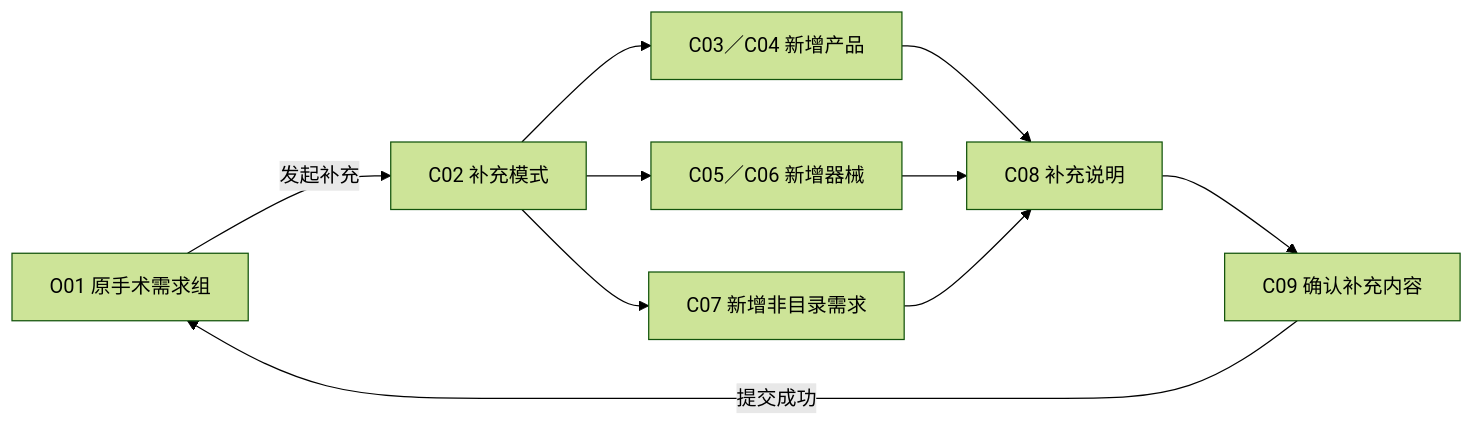
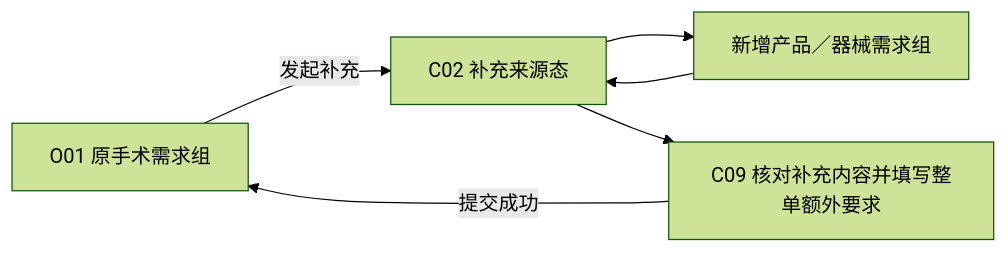
One commit to Jimokov/orthoflow-erp changed the eighth of 19 diagrams in modules/APP-手术通知/03-设计池/02-手术通知APP页面流程-v0.5.md. Above: the diagram before and after it, drawn with Mermaid (forest theme). The commit also changed other lines of this file and 13 other files, not shown here.

````diff
--- a/modules/APP-手术通知/03-设计池/02-手术通知APP页面流程-v0.5.md
+++ b/modules/APP-手术通知/03-设计池/02-手术通知APP页面流程-v0.5.md
@@ -251,12 +249,8 @@
 ```mermaid
 flowchart LR
-    O01["O01 原手术需求组"] -->|发起补充| C02["C02 补充模式"]
-    C02 --> C03["C03／C04 新增产品"]
-    C02 --> C05["C05／C06 新增器械"]
-    C02 --> C07["C07 新增非目录需求"]
-    C03 --> C08["C08 补充说明"]
-    C05 --> C08
-    C07 --> C08
-    C08 --> C09["C09 确认补充内容"]
-    C09 -->|提交成功| O01
+O01["O01 原手术需求组"] -->|发起补充| C02["C02 补充来源态"]
+    C02 --> GROUP["新增产品／器械需求组"]
+    GROUP --> C02
+    C02 --> C09["C09 核对补充内容并填写整单额外要求"]
+C09 -->|提交成功| O01
 ```
````
